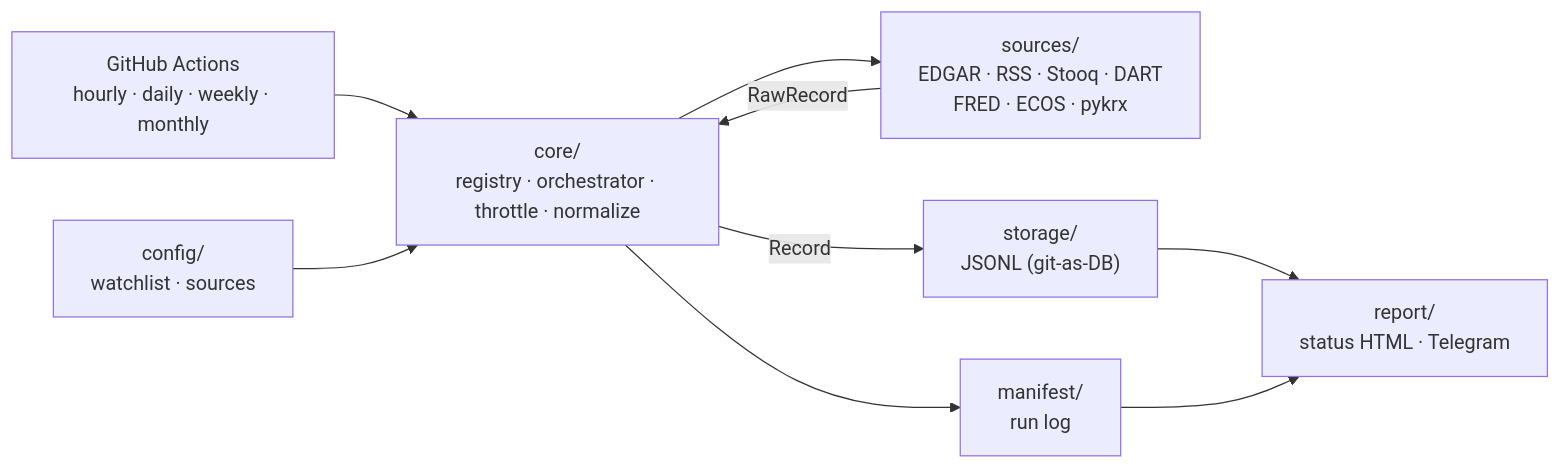
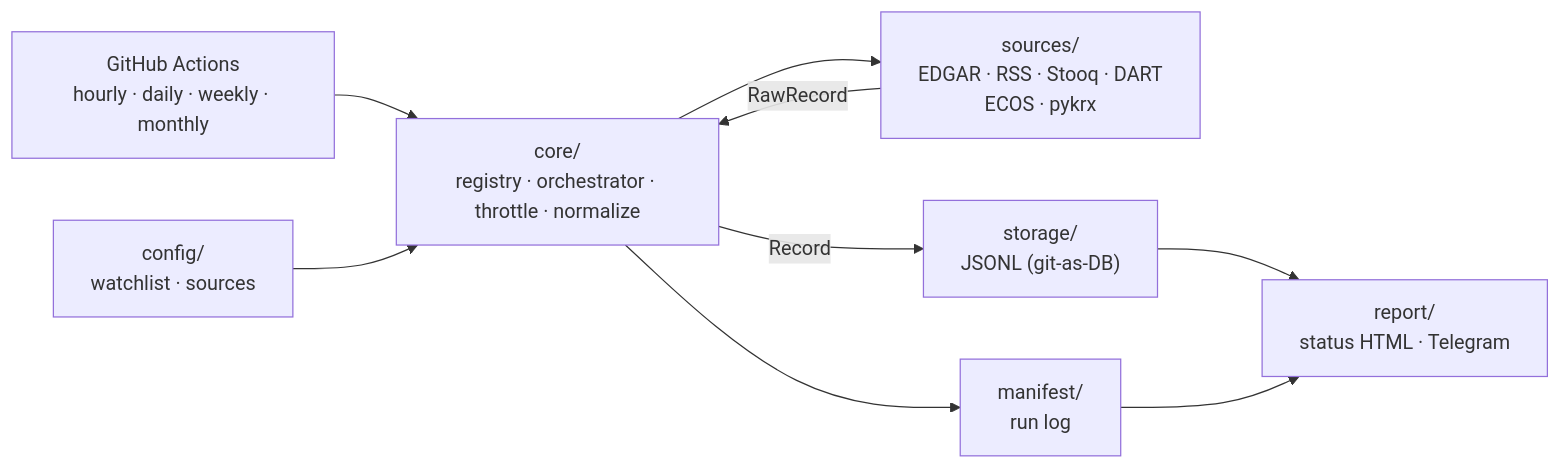
One commit to YouSangSon/Mimir changed the diagram in README.md. Above: the diagram before and after it, drawn with Mermaid. The commit also changed other lines of this file and 153 other files, not shown here.

````diff
--- a/README.md
+++ b/README.md
@@ -130,19 +133,19 @@
 ```mermaid
 flowchart LR
     Cron["GitHub Actions<br/>hourly · daily · weekly · monthly"]
     Config["config/<br/>watchlist · sources"]
-    Sources["sources/<br/>EDGAR · RSS · Stooq · DART<br/>FRED · ECOS · pykrx"]
+    Sources["sources/<br/>EDGAR · RSS · Stooq · DART<br/>ECOS · pykrx"]
     Core["core/<br/>registry · orchestrator · throttle · normalize"]
     Store["storage/<br/>JSONL (git-as-DB)"]
     Manifest["manifest/<br/>run log"]
     Report["report/<br/>status HTML · Telegram"]
 
     Cron --> Core
     Config --> Core
     Core --> Sources
     Sources -->|RawRecord| Core
     Core -->|Record| Store
     Core --> Manifest
     Store --> Report
     Manifest --> Report
 ```
````
